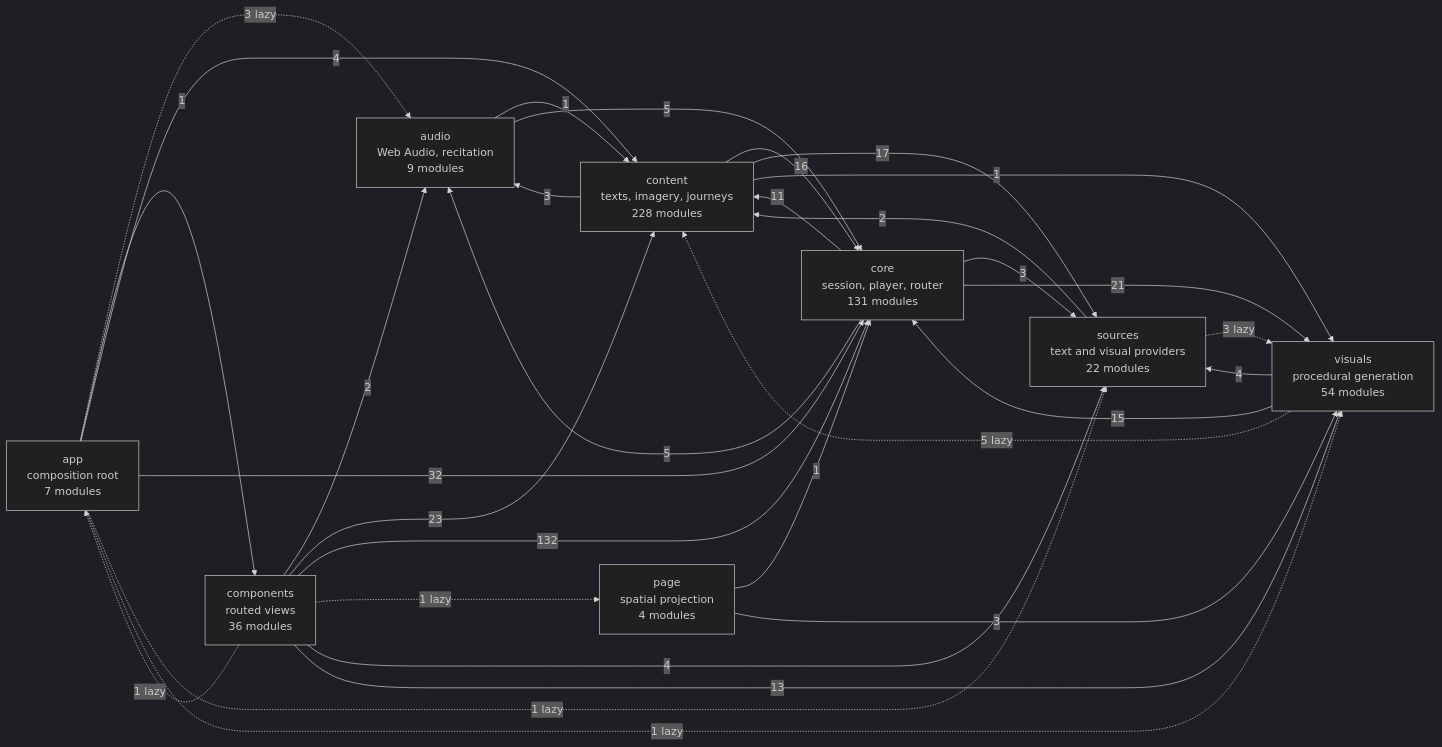
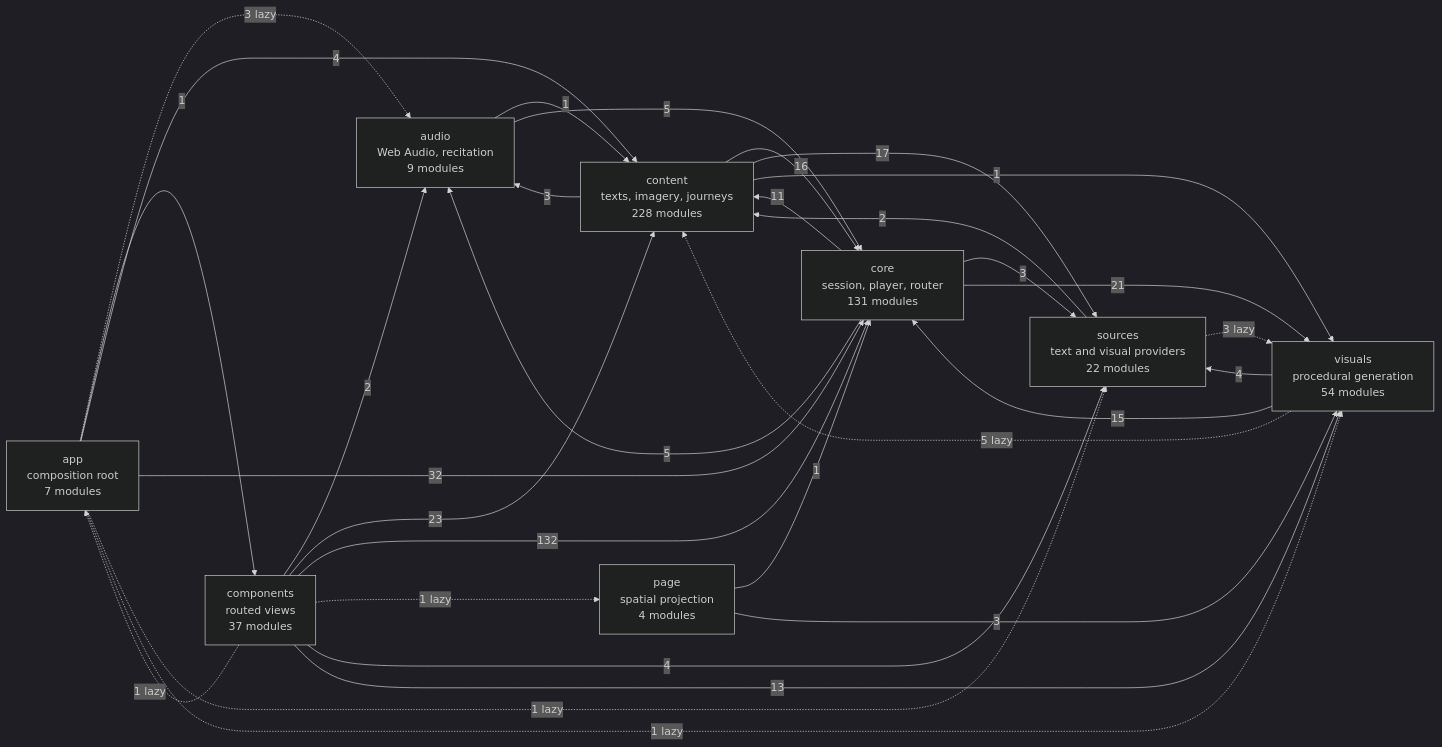
One commit to SyberLabs/RISE changed the diagram in docs/specs/ARCHITECTURE.md. Above: the diagram before and after it, drawn with Mermaid (dark theme). The commit also changed 23 other files, not shown here.

````diff
--- a/docs/specs/ARCHITECTURE.md
+++ b/docs/specs/ARCHITECTURE.md
@@ -160,42 +160,42 @@
 ```mermaid
 flowchart LR
     app["app<br/>composition root<br/>7 modules"]
     audio["audio<br/>Web Audio, recitation<br/>9 modules"]
-    components["components<br/>routed views<br/>36 modules"]
+    components["components<br/>routed views<br/>37 modules"]
     content["content<br/>texts, imagery, journeys<br/>228 modules"]
     core["core<br/>session, player, router<br/>131 modules"]
     page["page<br/>spatial projection<br/>4 modules"]
     sources["sources<br/>text and visual providers<br/>22 modules"]
     visuals["visuals<br/>procedural generation<br/>54 modules"]
 
     app -.-> |3 lazy| audio
     app --> |1| components
     app --> |4| content
     app --> |32| core
     app -.-> |1 lazy| sources
     app -.-> |1 lazy| visuals
     audio --> |1| content
     audio --> |5| core
     components -.-> |1 lazy| app
     components --> |2| audio
     components --> |23| content
     components --> |132| core
     components -.-> |1 lazy| page
     components --> |4| sources
     components --> |13| visuals
     content --> |3| audio
     content --> |16| core
     content --> |17| sources
     content --> |1| visuals
     core --> |5| audio
     core --> |11| content
     core --> |3| sources
     core --> |21| visuals
     page --> |1| core
     page --> |3| visuals
     sources --> |2| content
     sources -.-> |3 lazy| visuals
     visuals -.-> |5 lazy| content
     visuals --> |15| core
     visuals --> |4| sources
 ```
````
